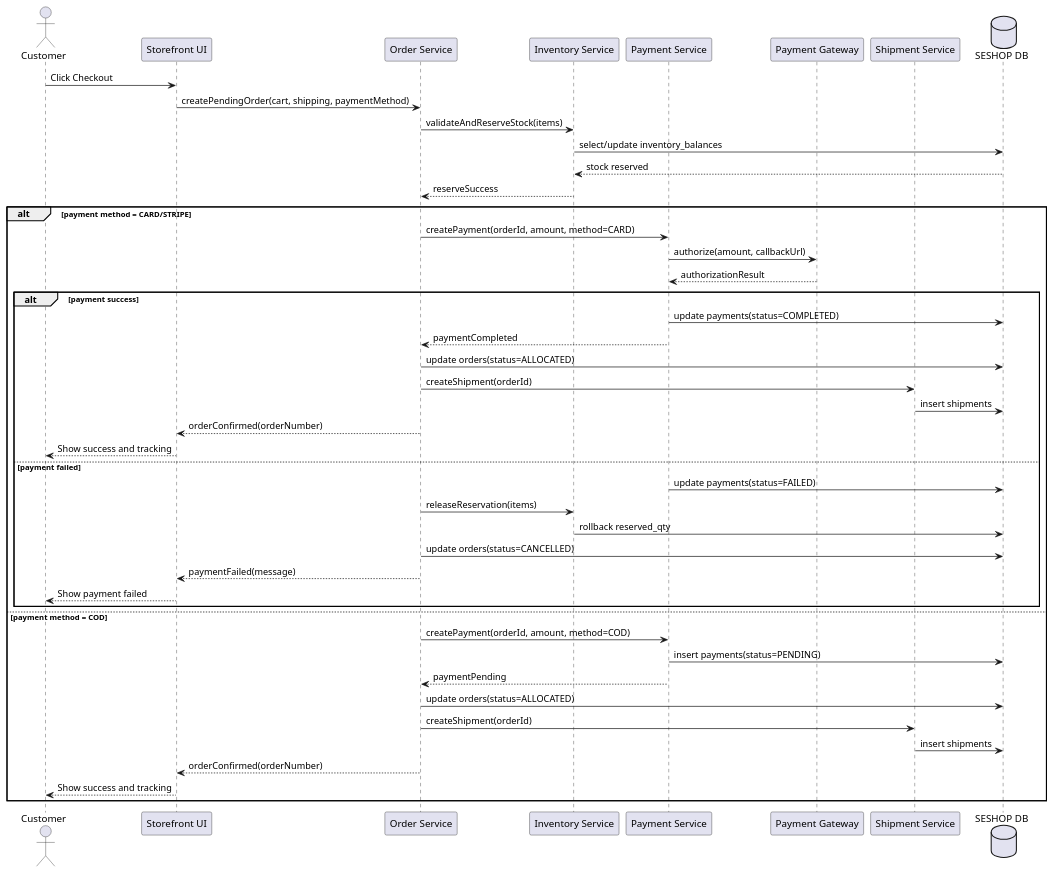
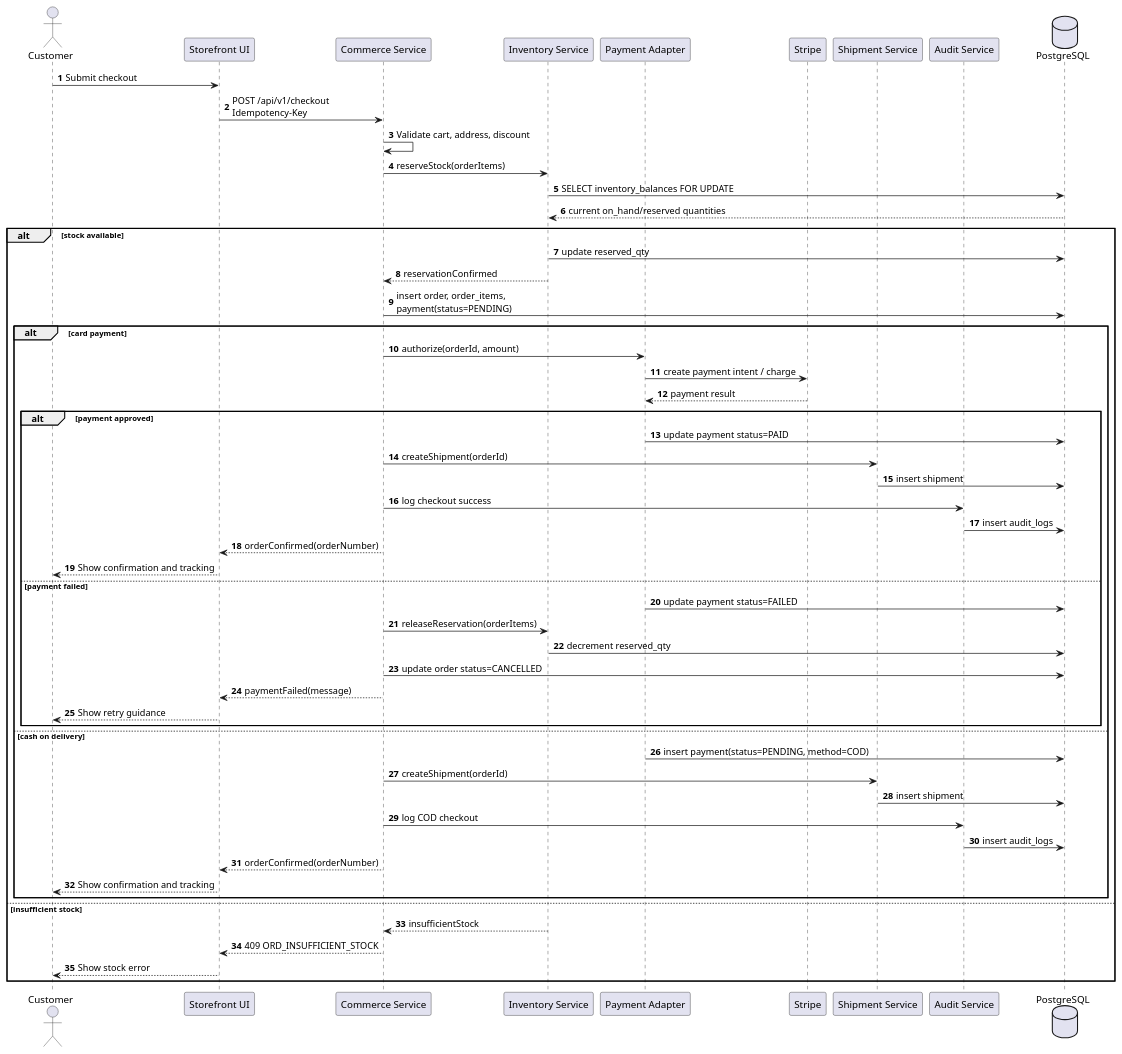
The diagram in docs/2. Diagrams/sequence/place-order-and-pay.puml (dieuxuanhien/SeShop), drawn with PlantUML before and after one commit. The commit also changed 64 other files, not shown here.

```diff
--- a/docs/2. Diagrams/sequence/place-order-and-pay.puml
+++ b/docs/2. Diagrams/sequence/place-order-and-pay.puml
@@ -1,49 +1,57 @@
 @startuml
+autonumber
 actor Customer
 participant "Storefront UI" as UI
-participant "Order Service" as OS
-participant "Inventory Service" as IS
-participant "Payment Service" as PS
-participant "Payment Gateway" as PG
-participant "Shipment Service" as SS
-database "SESHOP DB" as DB
+participant "Commerce Service" as Commerce
+participant "Inventory Service" as Inventory
+participant "Payment Adapter" as Payment
+participant "Stripe" as Stripe
+participant "Shipment Service" as Shipment
+participant "Audit Service" as Audit
+database "PostgreSQL" as DB
 
-Customer -> UI: Click Checkout
-UI -> OS: createPendingOrder(cart, shipping, paymentMethod)
-OS -> IS: validateAndReserveStock(items)
-IS -> DB: select/update inventory_balances
-DB --> IS: stock reserved
-IS --> OS: reserveSuccess
-
-alt payment method = CARD/STRIPE
-  OS -> PS: createPayment(orderId, amount, method=CARD)
-  PS -> PG: authorize(amount, callbackUrl)
-  PG --> PS: authorizationResult
-
-  alt payment success
-    PS -> DB: update payments(status=COMPLETED)
-    PS --> OS: paymentCompleted
-    OS -> DB: update orders(status=ALLOCATED)
-    OS -> SS: createShipment(orderId)
-    SS -> DB: insert shipments
-    OS --> UI: orderConfirmed(orderNumber)
-    UI --> Customer: Show success and tracking
-  else payment failed
-    PS -> DB: update payments(status=FAILED)
-    OS -> IS: releaseReservation(items)
-    IS -> DB: rollback reserved_qty
-    OS -> DB: update orders(status=CANCELLED)
-    OS --> UI: paymentFailed(message)
-    UI --> Customer: Show payment failed
+Customer -> UI: Submit checkout
+UI -> Commerce: POST /api/v1/checkout\nIdempotency-Key
+Commerce -> Commerce: Validate cart, address, discount
+Commerce -> Inventory: reserveStock(orderItems)
+Inventory -> DB: SELECT inventory_balances FOR UPDATE
+DB --> Inventory: current on_hand/reserved quantities
+alt stock available
+  Inventory -> DB: update reserved_qty
+  Inventory --> Commerce: reservationConfirmed
+  Commerce -> DB: insert order, order_items,\npayment(status=PENDING)
+  alt card payment
+    Commerce -> Payment: authorize(orderId, amount)
+    Payment -> Stripe: create payment intent / charge
+    Stripe --> Payment: payment result
+    alt payment approved
+      Payment -> DB: update payment status=PAID
+      Commerce -> Shipment: createShipment(orderId)
+      Shipment -> DB: insert shipment
+      Commerce -> Audit: log checkout success
+      Audit -> DB: insert audit_logs
+      Commerce --> UI: orderConfirmed(orderNumber)
+      UI --> Customer: Show confirmation and tracking
+    else payment failed
+      Payment -> DB: update payment status=FAILED
+      Commerce -> Inventory: releaseReservation(orderItems)
+      Inventory -> DB: decrement reserved_qty
+      Commerce -> DB: update order status=CANCELLED
+      Commerce --> UI: paymentFailed(message)
+      UI --> Customer: Show retry guidance
+    end
+  else cash on delivery
+    Payment -> DB: insert payment(status=PENDING, method=COD)
+    Commerce -> Shipment: createShipment(orderId)
+    Shipment -> DB: insert shipment
+    Commerce -> Audit: log COD checkout
+    Audit -> DB: insert audit_logs
+    Commerce --> UI: orderConfirmed(orderNumber)
+    UI --> Customer: Show confirmation and tracking
   end
-else payment method = COD
-  OS -> PS: createPayment(orderId, amount, method=COD)
-  PS -> DB: insert payments(status=PENDING)
-  PS --> OS: paymentPending
-  OS -> DB: update orders(status=ALLOCATED)
-  OS -> SS: createShipment(orderId)
-  SS -> DB: insert shipments
-  OS --> UI: orderConfirmed(orderNumber)
-  UI --> Customer: Show success and tracking
+else insufficient stock
+  Inventory --> Commerce: insufficientStock
+  Commerce --> UI: 409 ORD_INSUFFICIENT_STOCK
+  UI --> Customer: Show stock error
 end
 @enduml
```
